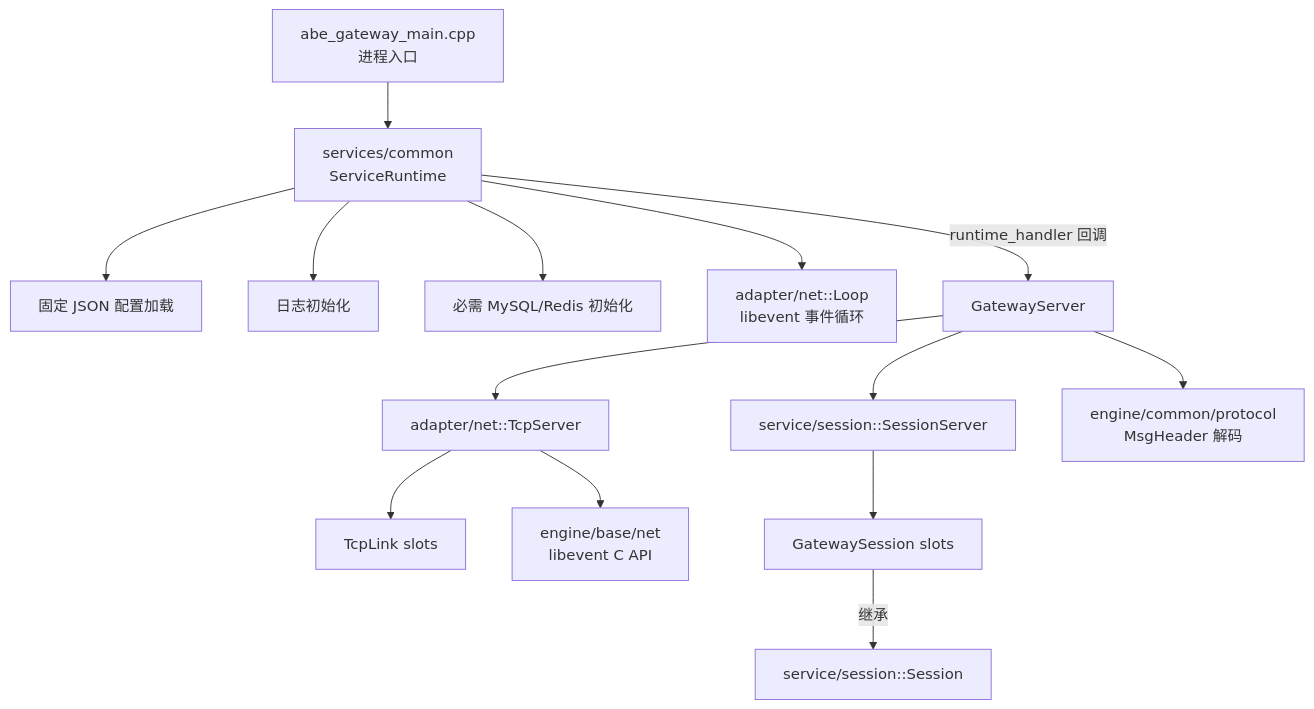
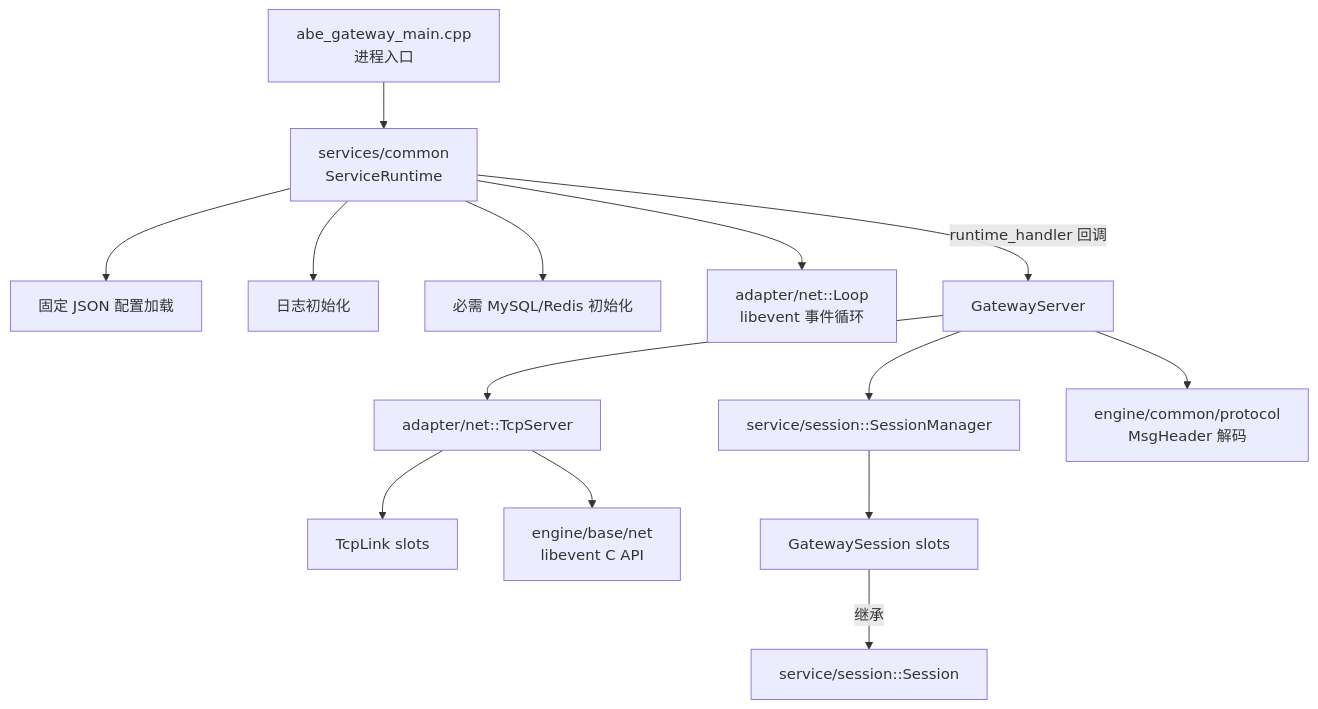
Before and after one commit to drog791109/abe_egine: the first of 2 diagrams in doc/remain.md, drawn with Mermaid. The commit also changed other lines of this file and 24 other files, not shown here.

````diff
--- a/doc/remain.md
+++ b/doc/remain.md
@@ -1,21 +1,21 @@
 ```mermaid
 flowchart TD
     Main[abe_gateway_main.cpp<br/>进程入口] --> Runtime[services/common<br/>ServiceRuntime]
 
     Runtime --> Config[固定 JSON 配置加载]
     Runtime --> Log[日志初始化]
     Runtime --> DB[必需 MySQL/Redis 初始化]
     Runtime --> Loop[adapter/net::Loop<br/>libevent 事件循环]
 
     Runtime -- runtime_handler 回调 --> GatewayServer[GatewayServer]
 
     GatewayServer --> TcpServer[adapter/net::TcpServer]
     TcpServer --> TcpLink[TcpLink slots]
     TcpServer --> BaseNet[engine/base/net<br/>libevent C API]
 
-    GatewayServer --> SessionServer[service/session::SessionServer]
-    SessionServer --> GatewaySession[GatewaySession slots]
+    GatewayServer --> SessionManager[service/session::SessionManager]
+    SessionManager --> GatewaySession[GatewaySession slots]
     GatewaySession -- 继承 --> Session[service/session::Session]
 
     GatewayServer --> Protocol[engine/common/protocol<br/>MsgHeader 解码]
 ```
````
